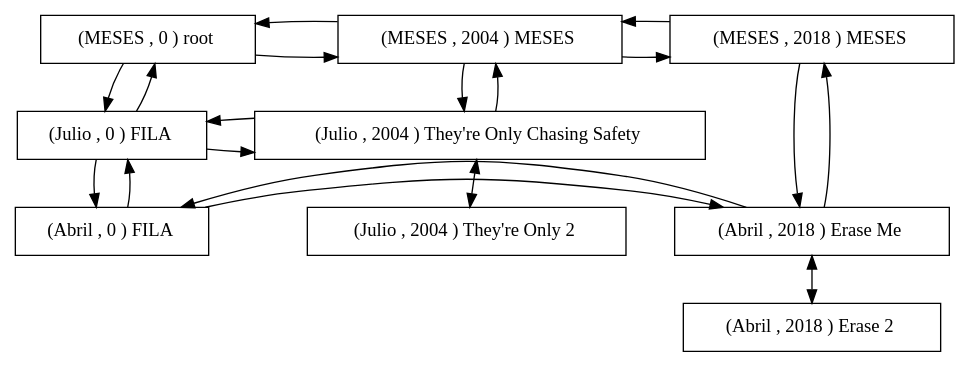
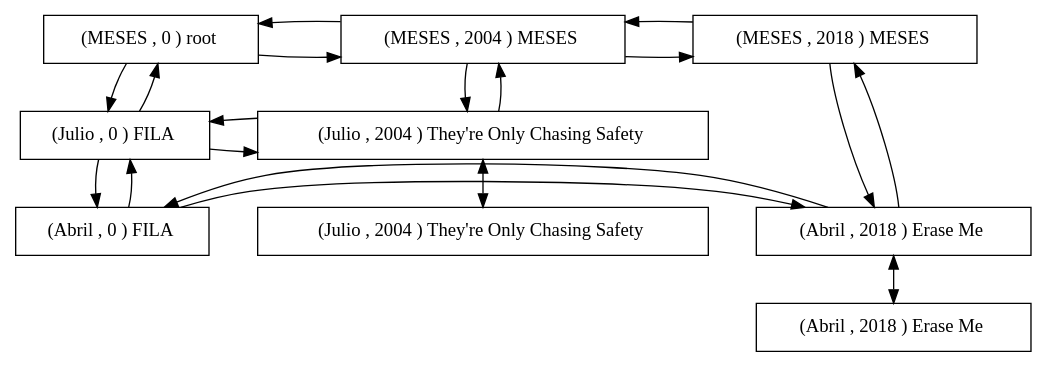
The diagram in Proyecto 1/report/Underoath_Discografy.dot (oscarc99/EDD_DIC_2019_PY1_201709140), drawn with Graphviz before and after one commit. The commit also changed 28 other files, not shown here.

```diff
--- a/Proyecto 1/report/Underoath_Discografy.dot
+++ b/Proyecto 1/report/Underoath_Discografy.dot
@@ -1,36 +1,36 @@
-digraph R { 
+digraph G { 
 rankdir = TB;node [shape=rectangle, height=0.5, width=0.5];
 graph[ nodesep = 0.5];
 nodeMESES0 [label = "  (MESES , 0 ) root  " ]; 
 nodeMESES2004 [label = "  (MESES , 2004 ) MESES  " ]; 
 nodeMESES2018 [label = "  (MESES , 2018 ) MESES  " ]; 
 nodeJulio0 [label = "  (Julio , 0 ) FILA  " ]; 
 nodeJulio2004 [label = "  (Julio , 2004 ) They're Only Chasing Safety  " ]; 
-node1Julio2004 [label = "  (Julio , 2004 ) They're Only 2  " ]; 
+node1Julio2004 [label = "  (Julio , 2004 ) They're Only Chasing Safety  " ]; 
 nodeJulio2004 [label = "  (Julio , 2004 ) They're Only Chasing Safety  " ]; 
 nodeAbril0 [label = "  (Abril , 0 ) FILA  " ]; 
 nodeAbril2018 [label = "  (Abril , 2018 ) Erase Me  " ]; 
-node1Abril2018 [label = "  (Abril , 2018 ) Erase 2  " ]; 
+node1Abril2018 [label = "  (Abril , 2018 ) Erase Me  " ]; 
 nodeAbril2018 [label = "  (Abril , 2018 ) Erase Me  " ]; 
 nodeMESES0 -> nodeMESES2004; 
 nodeMESES2004 -> nodeMESES2018; 
 nodeMESES2018 -> nodeMESES2004; 
 nodeMESES2004 -> nodeMESES0; 
 nodeJulio0 -> nodeJulio2004; 
 nodeJulio2004-> node1Julio2004[dir = both]; 
 nodeJulio2004 -> nodeJulio0; 
 nodeAbril0 -> nodeAbril2018[constraint=false]; 
 nodeAbril2018-> node1Abril2018[dir = both]; 
 nodeAbril2018 -> nodeAbril0[constraint=false]; 
 nodeMESES0 -> nodeJulio0; 
 nodeJulio0 -> nodeAbril0; 
 nodeAbril0 -> nodeJulio0; 
 nodeJulio0 -> nodeMESES0; 
 nodeMESES2004 -> nodeJulio2004; 
 nodeJulio2004 -> nodeMESES2004; 
 nodeMESES2018 -> nodeAbril2018; 
 nodeAbril2018 -> nodeMESES2018; 
 { rank = same;nodeMESES0 ;nodeMESES2004 ;nodeMESES2018 ;} 
 { rank = same;nodeJulio0 ;nodeJulio2004 ;} 
 { rank = same;nodeAbril0 ;nodeAbril2018 ;} 
 }
```
